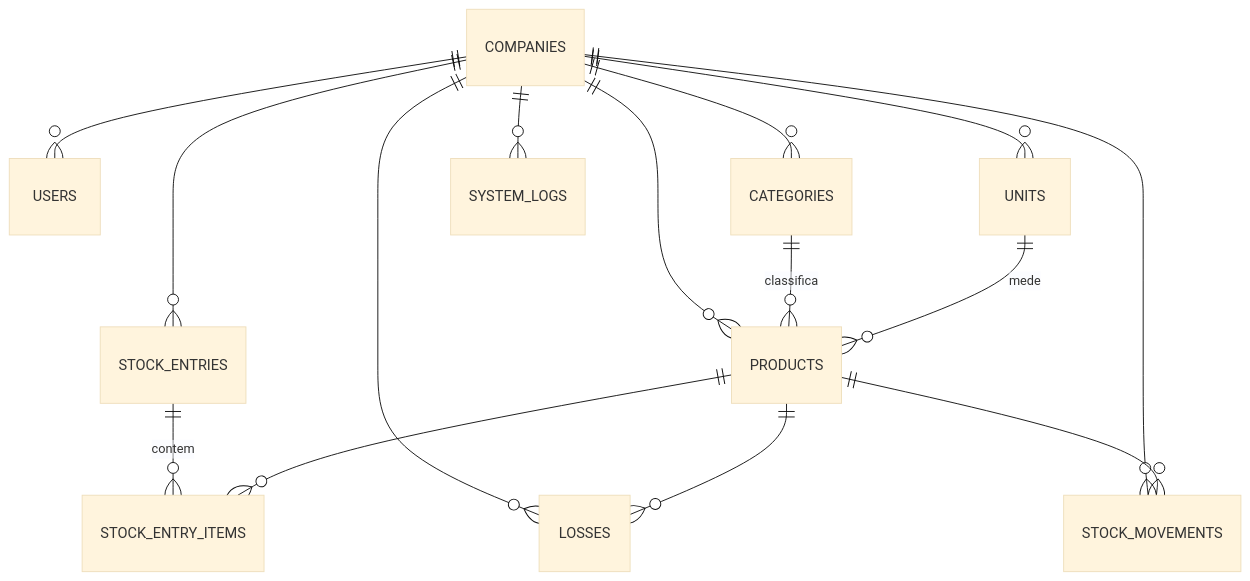
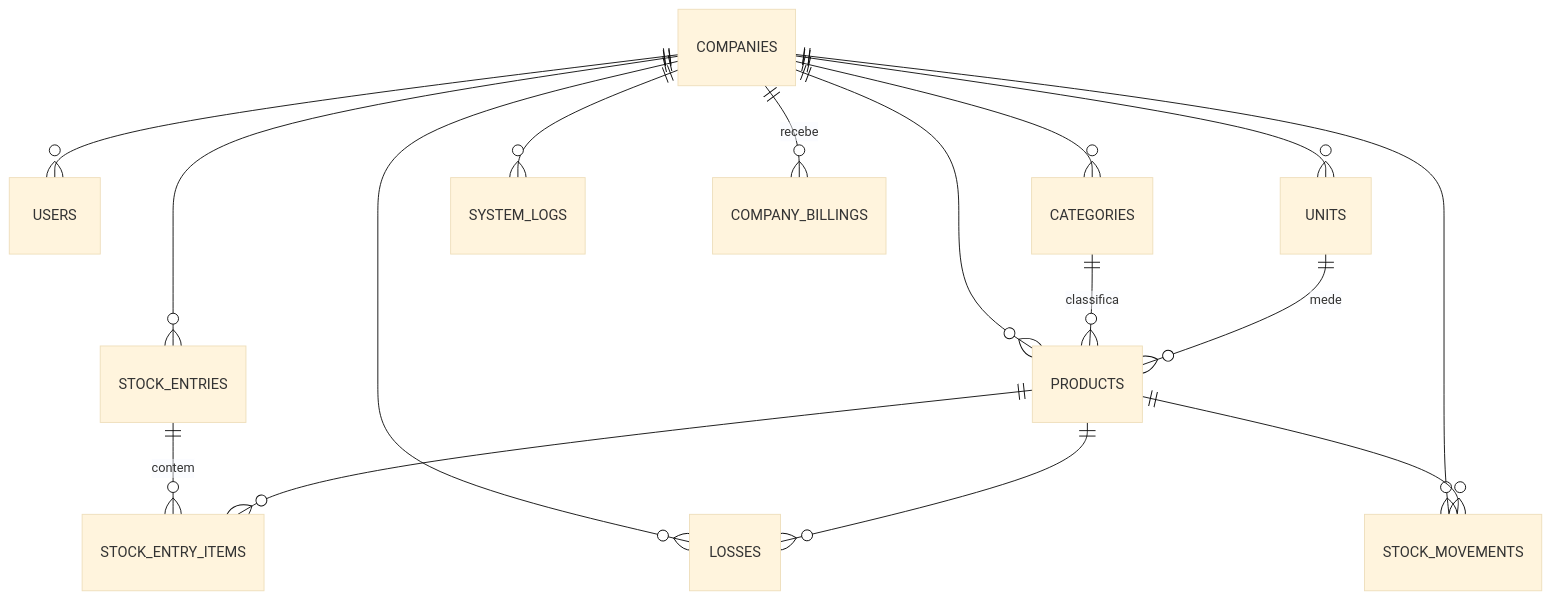
Before and after one commit to ERP-LITE/HortiERP-Lite: the diagram in docs/modelo-de-dados.md, drawn with Mermaid (base theme). The commit also changed other lines of this file and 34 other files, not shown here.

````diff
--- a/docs/modelo-de-dados.md
+++ b/docs/modelo-de-dados.md
@@ -19,17 +19,18 @@
 ```mermaid
 erDiagram
   COMPANIES ||--o{ USERS : ""
   COMPANIES ||--o{ CATEGORIES : ""
   COMPANIES ||--o{ UNITS : ""
   COMPANIES ||--o{ PRODUCTS : ""
   COMPANIES ||--o{ STOCK_ENTRIES : ""
   COMPANIES ||--o{ LOSSES : ""
   COMPANIES ||--o{ STOCK_MOVEMENTS : ""
   COMPANIES ||--o{ SYSTEM_LOGS : ""
+  COMPANIES ||--o{ COMPANY_BILLINGS : recebe
   CATEGORIES ||--o{ PRODUCTS : classifica
   UNITS ||--o{ PRODUCTS : mede
   STOCK_ENTRIES ||--o{ STOCK_ENTRY_ITEMS : contem
   PRODUCTS ||--o{ STOCK_ENTRY_ITEMS : ""
   PRODUCTS ||--o{ LOSSES : ""
   PRODUCTS ||--o{ STOCK_MOVEMENTS : ""
 ```
````
